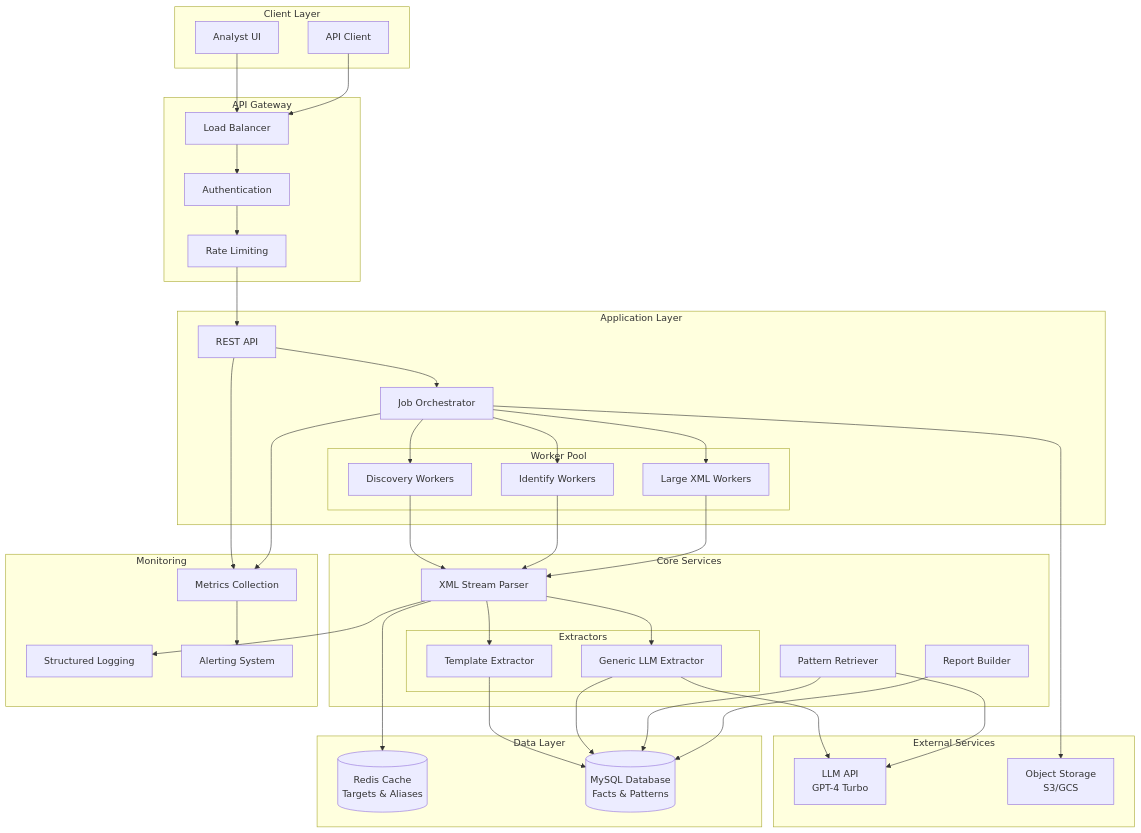
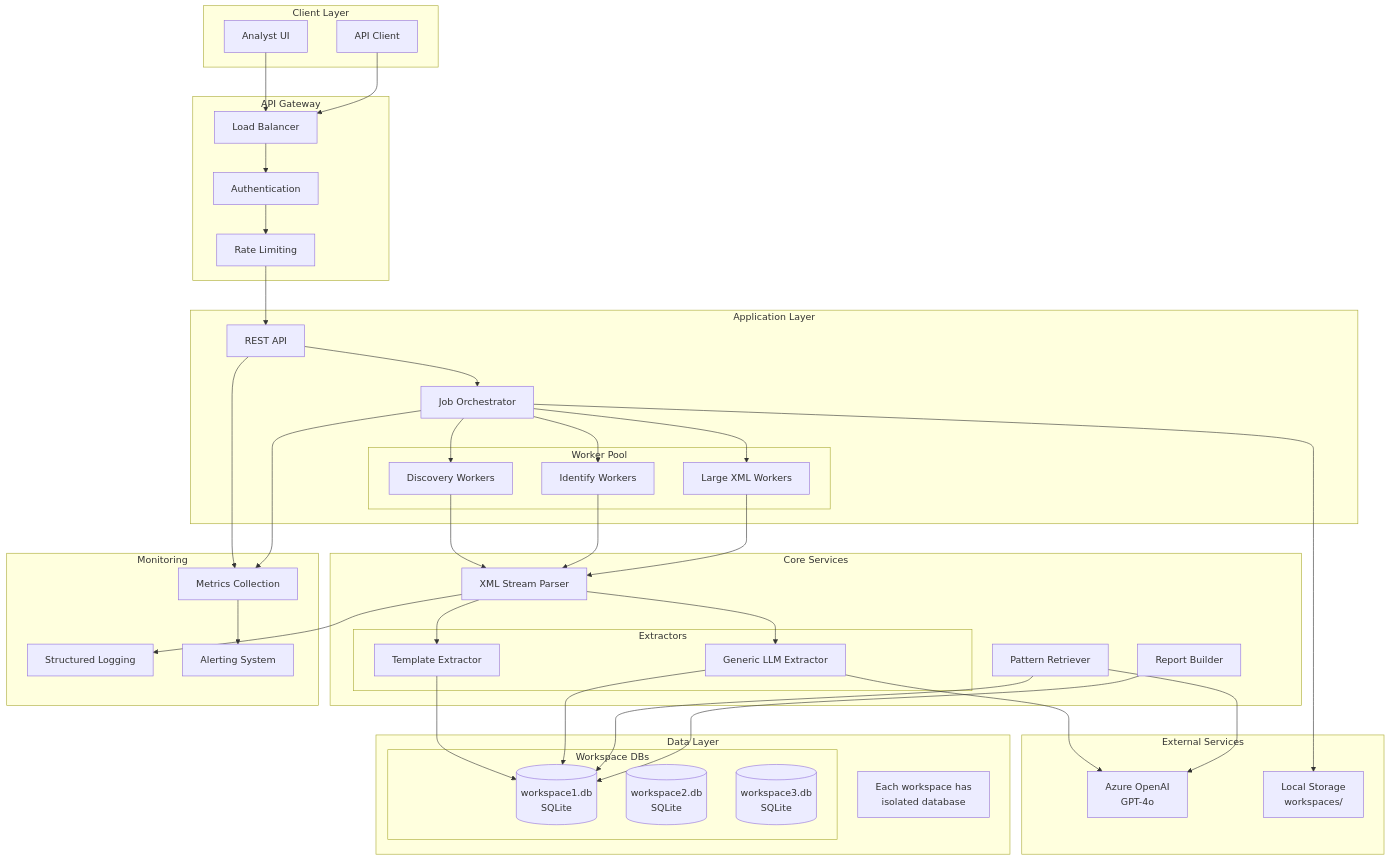
Before and after one commit to nikhil-codes-hub/ad_revamped: the third of 6 diagrams in System_Diagrams.md, drawn with Mermaid. The commit also changed other lines of this file and 4 other files, not shown here.

```diff
--- a/System_Diagrams.md
+++ b/System_Diagrams.md
@@ -148,13 +148,17 @@
     end
 
     subgraph "External Services"
-        LLM_API[LLM API<br/>GPT-4 Turbo]
-        ObjectStore[Object Storage<br/>S3/GCS]
+        LLM_API[Azure OpenAI<br/>GPT-4o]
+        ObjectStore[Local Storage<br/>workspaces/]
     end
 
     subgraph "Data Layer"
-        Cache[(Redis Cache<br/>Targets & Aliases)]
-        MySQL[(MySQL Database<br/>Facts & Patterns)]
+        subgraph "Workspace DBs"
+            WS1[(workspace1.db<br/>SQLite)]
+            WS2[(workspace2.db<br/>SQLite)]
+            WS3[(workspace3.db<br/>SQLite)]
+        end
+        Note[Each workspace has<br/>isolated database]
     end
 
     subgraph "Monitoring"
@@ -180,15 +184,14 @@
 
     Parser --> TE
     Parser --> GE
-    TE --> MySQL
+    TE --> WS1
     GE --> LLM_API
-    GE --> MySQL
+    GE --> WS1
 
-    Retriever --> MySQL
+    Retriever --> WS1
     Retriever --> LLM_API
 
-    Parser --> Cache
-    Reporter --> MySQL
+    Reporter --> WS1
 
     JobOrch --> ObjectStore
 
```
